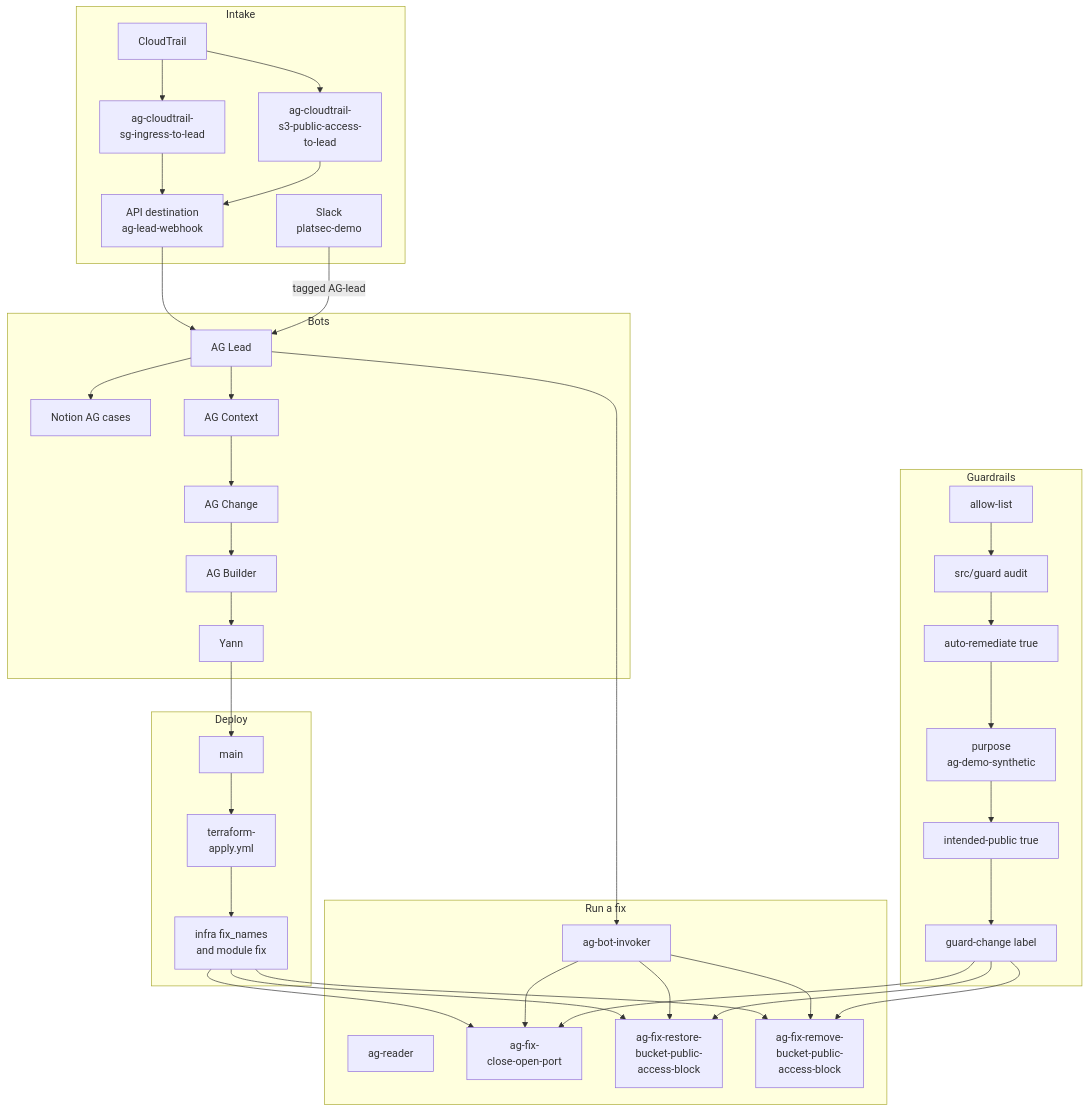
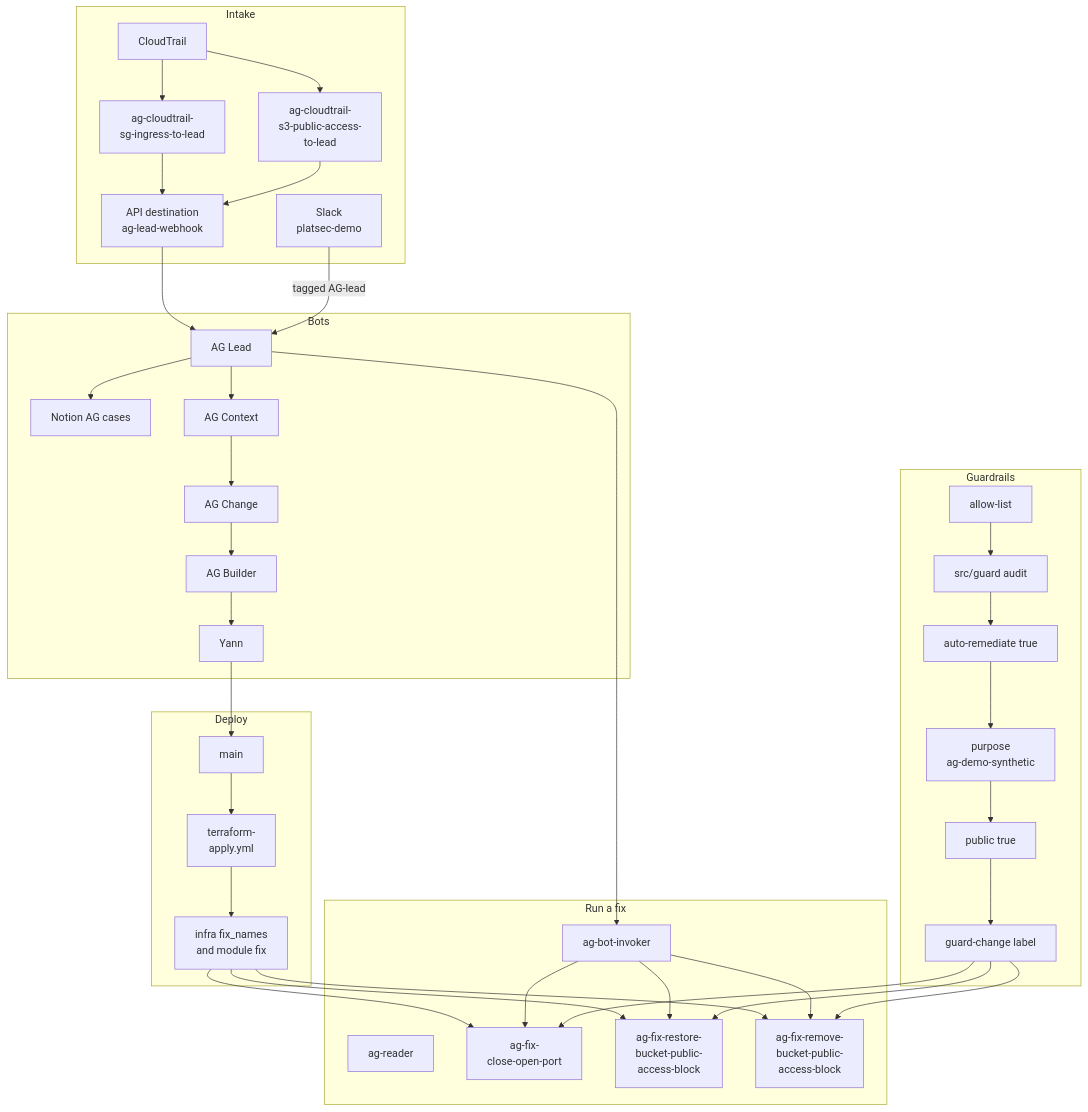
The diagram in site/slides.md (yannhowe/access-guardian), drawn with Mermaid before and after one commit. The commit also changed other lines of this file and 21 other files, not shown here.

First line of the commit message:
Rename the intent tag from intended-public to public.

````diff
--- a/site/slides.md
+++ b/site/slides.md
@@ -43,72 +43,72 @@
 ```mermaid
 flowchart TD
   subgraph intakeBox [Intake]
     cloudtrail[CloudTrail]
     sgRule["ag-cloudtrail-<br/>sg-ingress-to-lead"]
     s3Rule["ag-cloudtrail-<br/>s3-public-access-<br/>to-lead"]
     apiDest["API destination<br/>ag-lead-webhook"]
     slack["Slack<br/>platsec-demo"]
     cloudtrail --> sgRule
     cloudtrail --> s3Rule
     sgRule --> apiDest
     s3Rule --> apiDest
   end
 
   subgraph botsBox [Bots]
     lead["AG Lead"]
     notion["Notion AG cases"]
     context["AG Context"]
     changeBot["AG Change"]
     builder["AG Builder"]
     yann[Yann]
   end
 
   subgraph deployBox [Deploy]
     mainBranch[main]
     applyWf["terraform-<br/>apply.yml"]
     terraform["infra fix_names<br/>and module fix"]
   end
 
   subgraph runBox [Run a fix]
     invoker["ag-bot-invoker"]
     reader["ag-reader"]
     closeFn["ag-fix-<br/>close-open-port"]
     restoreFn["ag-fix-restore-<br/>bucket-public-<br/>access-block"]
     removeFn["ag-fix-remove-<br/>bucket-public-<br/>access-block"]
   end
 
   subgraph gatesBox [Guardrails]
     allowList["allow-list"]
     guardAudit["src/guard audit"]
     tagAuto["auto-remediate true"]
     tagPurpose["purpose<br/>ag-demo-synthetic"]
-    tagPublic["intended-public true"]
+    tagPublic["public true"]
     guardLabel["guard-change label"]
   end
 
   apiDest --> lead
   slack -->|"tagged AG-lead"| lead
   lead --> notion
   lead --> context
   context --> changeBot
   changeBot --> builder
   builder --> yann
   yann --> mainBranch
   mainBranch --> applyWf
   applyWf --> terraform
   terraform --> closeFn
   terraform --> restoreFn
   terraform --> removeFn
   lead --> invoker
   invoker --> closeFn
   invoker --> restoreFn
   invoker --> removeFn
   allowList --> guardAudit
   guardAudit --> tagAuto
   tagAuto --> tagPurpose
   tagPurpose --> tagPublic
   tagPublic --> guardLabel
   guardLabel --> closeFn
   guardLabel --> restoreFn
   guardLabel --> removeFn
 ```
````
